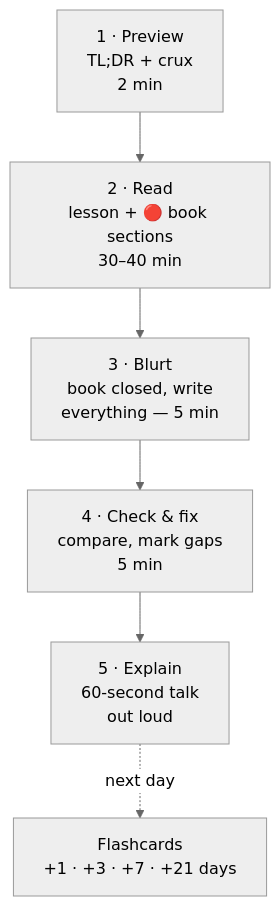
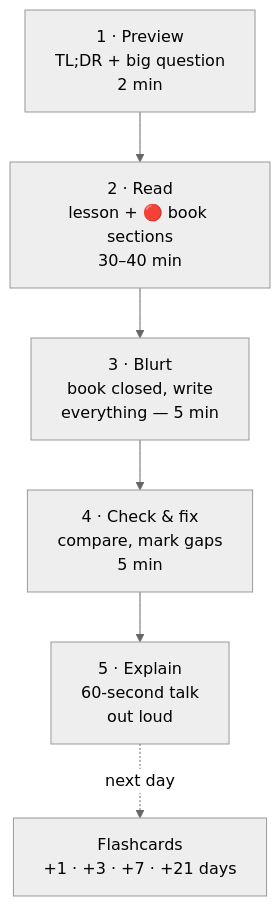
One commit to khanhafizurrahman32/os-step-by-step changed the diagram in docs/start/recall-system.md. Above: the diagram before and after it, drawn with Mermaid (neutral theme). The commit also changed other lines of this file and 35 other files, not shown here.

````diff
--- a/docs/start/recall-system.md
+++ b/docs/start/recall-system.md
@@ -7,8 +7,8 @@
 ```mermaid
 flowchart TB
-    A["1 · Preview<br/>TL;DR + crux<br/>2 min"] --> B["2 · Read<br/>lesson + 🔴 book sections<br/>30–40 min"]
+    A["1 · Preview<br/>TL;DR + big question<br/>2 min"] --> B["2 · Read<br/>lesson + 🔴 book sections<br/>30–40 min"]
     B --> C["3 · Blurt<br/>book closed, write<br/>everything — 5 min"]
     C --> D["4 · Check & fix<br/>compare, mark gaps<br/>5 min"]
     D --> E["5 · Explain<br/>60-second talk<br/>out loud"]
     E -.next day.-> F["Flashcards<br/>+1 · +3 · +7 · +21 days"]
 ```
````
